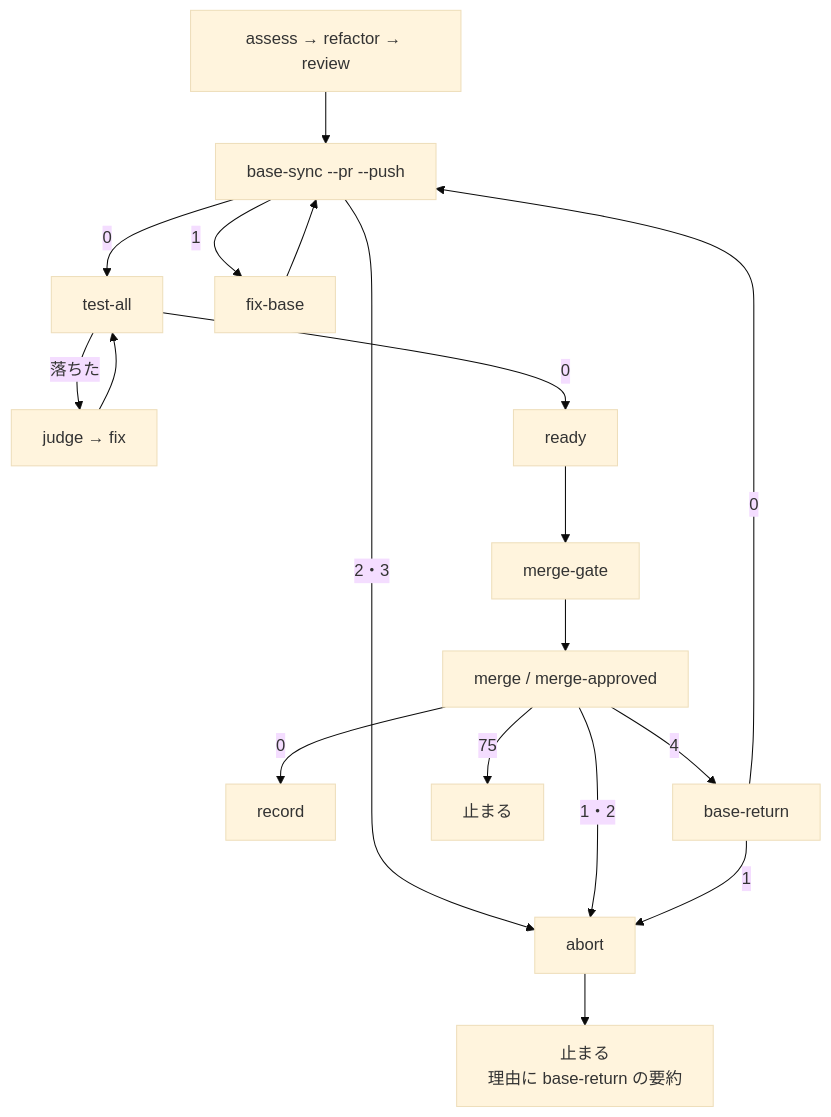
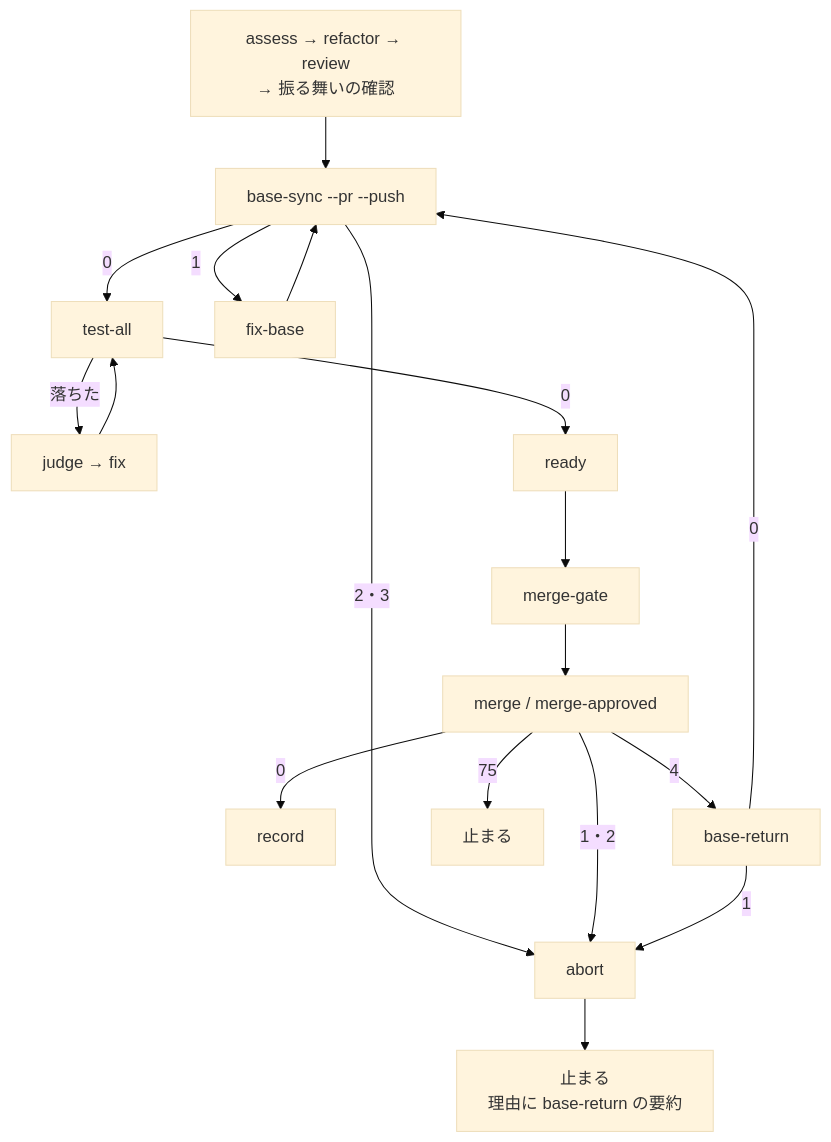
The third of 4 diagrams in docs/specifications/ndf-supervise-base-sync.md (devbasex/ai-plugins), drawn with Mermaid (base theme) before and after one commit. The commit also changed other lines of this file and 2 other files, not shown here.

````diff
--- a/docs/specifications/ndf-supervise-base-sync.md
+++ b/docs/specifications/ndf-supervise-base-sync.md
@@ -176,16 +177,16 @@
 ```mermaid
 graph TD
-    rev[assess → refactor → review] --> bs[base-sync --pr --push]
+    rev[assess → refactor → review<br/>→ 振る舞いの確認] --> bs[base-sync --pr --push]
     bs -->|0| ta[test-all]
     bs -->|1| fb[fix-base] --> bs
     bs -->|2・3| ab[abort]
     ta -->|落ちた| jd[judge → fix] --> ta
     ta -->|0| rd[ready] --> gate[merge-gate] --> merge[merge / merge-approved]
     merge -->|0| rec[record]
     merge -->|4| br[base-return]
     merge -->|1・2| ab
     merge -->|75| stop2[止まる]
     br -->|0| bs
     br -->|1| ab
     ab --> stop[止まる<br/>理由に base-return の要約]
 ```
````
